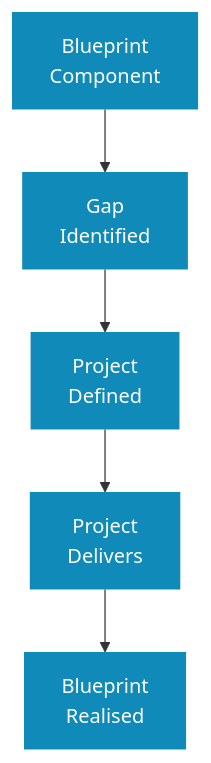
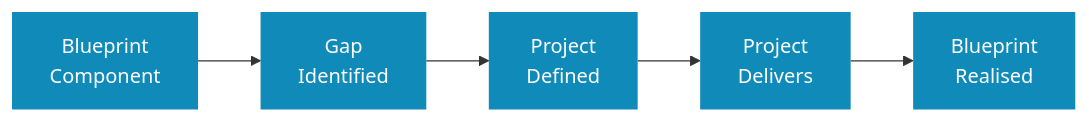
Before and after one commit to kevinmcaleer/kevstemplates.com: the fourth of 4 diagrams in _pages/programmes/blueprint.md, drawn with Mermaid.

Commit message:
Change flowchart direction from TD to LR

```diff
--- a/_pages/programmes/blueprint.md
+++ b/_pages/programmes/blueprint.md
@@ -297,10 +297,10 @@
 <div class="mermaid">
-flowchart TD
+flowchart LR
     A[Blueprint<br/>Component] --> B[Gap<br/>Identified]
     B --> C[Project<br/>Defined]
     C --> D[Project<br/>Delivers]
     D --> E[Blueprint<br/>Realised]
 
     classDef blue fill:#108BB9,stroke:none,color:#fff
     class A,B,C,D,E blue
 </div>
```
